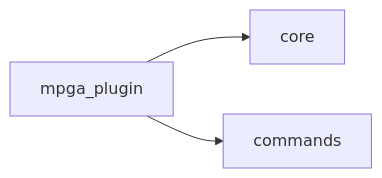
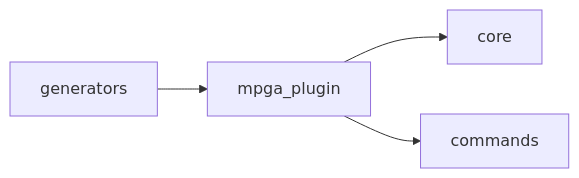
Before and after one commit to benrben/MPGA: the diagram in MPGA/scopes/mpga-plugin.md, drawn with Mermaid. The commit also changed other lines of this file and 91 other files, not shown here.

Commit message:
feat: Introduce a dedicated `mpga-plugin/cli/.claude` structure for commands, agents, and skills, and update existing agent protocols and configuration paths.

````diff
--- a/MPGA/scopes/mpga-plugin.md
+++ b/MPGA/scopes/mpga-plugin.md
@@ -65,5 +73,6 @@
 ```mermaid
 graph LR
     mpga_plugin --> core
     mpga_plugin --> commands
+    generators --> mpga_plugin
 ```
````
